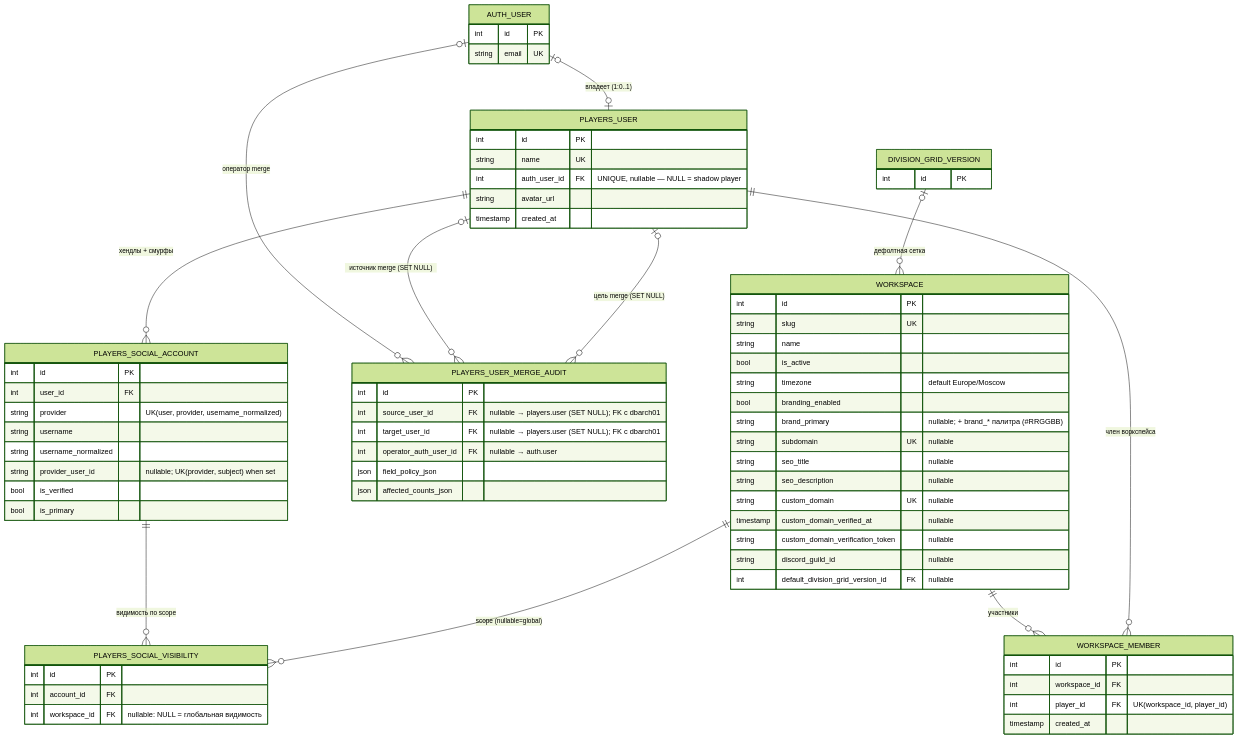
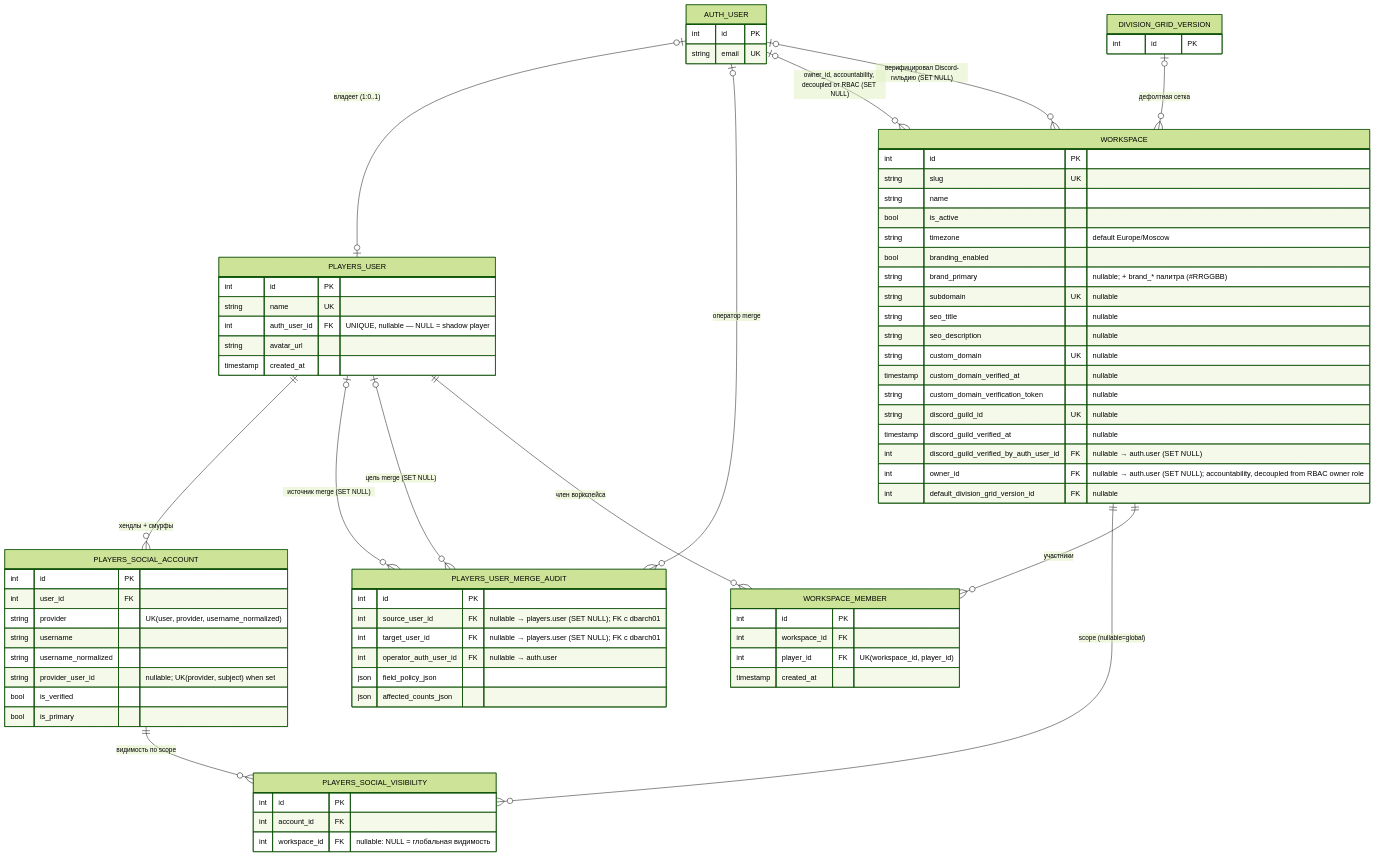
The third of 14 diagrams in docs/database_erd.md (CraazzzyyFoxx/anak-tournaments), drawn with Mermaid (forest theme) before and after one commit. The commit also changed other lines of this file and 4 other files, not shown here.

Commit message:
chore(gateway): openapi manifest + docs for discord_guild_verify

````diff
--- a/docs/database_erd.md
+++ b/docs/database_erd.md
@@ -252,74 +252,79 @@
 ```mermaid
 erDiagram
     AUTH_USER {
         int id PK
         string email UK
     }
     PLAYERS_USER {
         int id PK
         string name UK
         int auth_user_id FK "UNIQUE, nullable — NULL = shadow player"
         string avatar_url
         timestamp created_at
     }
     PLAYERS_SOCIAL_ACCOUNT {
         int id PK
         int user_id FK
         string provider "UK(user, provider, username_normalized)"
         string username
         string username_normalized
         string provider_user_id "nullable; UK(provider, subject) when set"
         bool is_verified
         bool is_primary
     }
     PLAYERS_SOCIAL_VISIBILITY {
         int id PK
         int account_id FK
         int workspace_id FK "nullable: NULL = глобальная видимость"
     }
     PLAYERS_USER_MERGE_AUDIT {
         int id PK
         int source_user_id FK "nullable → players.user (SET NULL); FK с dbarch01"
         int target_user_id FK "nullable → players.user (SET NULL); FK с dbarch01"
         int operator_auth_user_id FK "nullable → auth.user"
         json field_policy_json
         json affected_counts_json
     }
     WORKSPACE {
         int id PK
         string slug UK
         string name
         bool is_active
         string timezone "default Europe/Moscow"
         bool branding_enabled
         string brand_primary "nullable; + brand_* палитра (#RRGGBB)"
         string subdomain UK "nullable"
         string seo_title "nullable"
         string seo_description "nullable"
         string custom_domain UK "nullable"
         timestamp custom_domain_verified_at "nullable"
         string custom_domain_verification_token "nullable"
-        string discord_guild_id "nullable"
+        string discord_guild_id UK "nullable"
+        timestamp discord_guild_verified_at "nullable"
+        int discord_guild_verified_by_auth_user_id FK "nullable → auth.user (SET NULL)"
+        int owner_id FK "nullable → auth.user (SET NULL); accountability, decoupled from RBAC owner role"
         int default_division_grid_version_id FK "nullable"
     }
     WORKSPACE_MEMBER {
         int id PK
         int workspace_id FK
         int player_id FK "UK(workspace_id, player_id)"
         timestamp created_at
     }
     DIVISION_GRID_VERSION {
         int id PK
     }
 
     AUTH_USER |o--o| PLAYERS_USER : "владеет (1:0..1)"
     PLAYERS_USER ||--o{ PLAYERS_SOCIAL_ACCOUNT : "хендлы + смурфы"
     PLAYERS_SOCIAL_ACCOUNT ||--o{ PLAYERS_SOCIAL_VISIBILITY : "видимость по scope"
     WORKSPACE ||--o{ PLAYERS_SOCIAL_VISIBILITY : "scope (nullable=global)"
     AUTH_USER |o--o{ PLAYERS_USER_MERGE_AUDIT : "оператор merge"
     PLAYERS_USER |o--o{ PLAYERS_USER_MERGE_AUDIT : "источник merge (SET NULL)"
     PLAYERS_USER |o--o{ PLAYERS_USER_MERGE_AUDIT : "цель merge (SET NULL)"
     WORKSPACE ||--o{ WORKSPACE_MEMBER : "участники"
     PLAYERS_USER ||--o{ WORKSPACE_MEMBER : "член воркспейса"
     DIVISION_GRID_VERSION |o--o{ WORKSPACE : "дефолтная сетка"
+    AUTH_USER |o--o{ WORKSPACE : "owner_id, accountability, decoupled от RBAC (SET NULL)"
+    AUTH_USER |o--o{ WORKSPACE : "верифицировал Discord-гильдию (SET NULL)"
 ```
````
